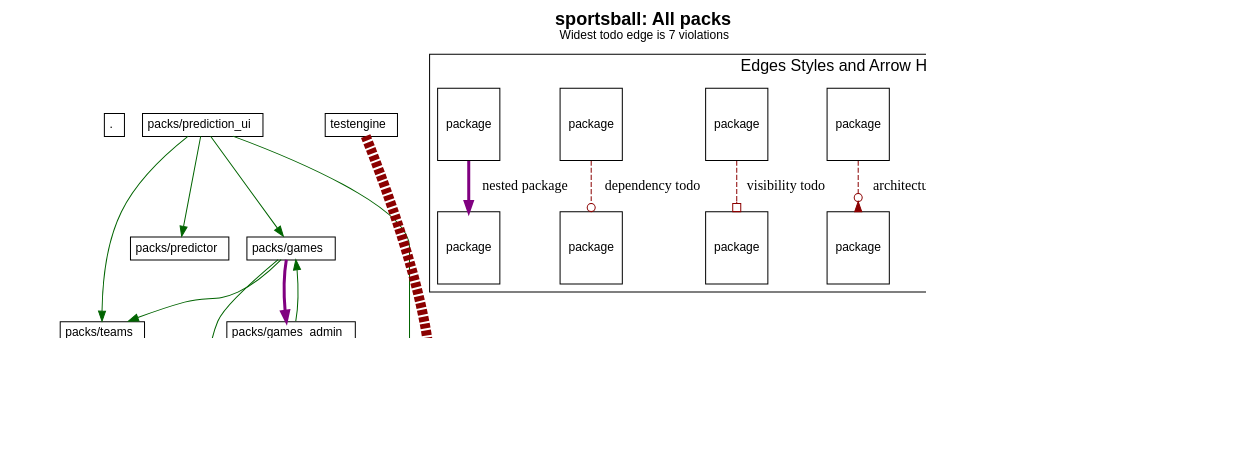
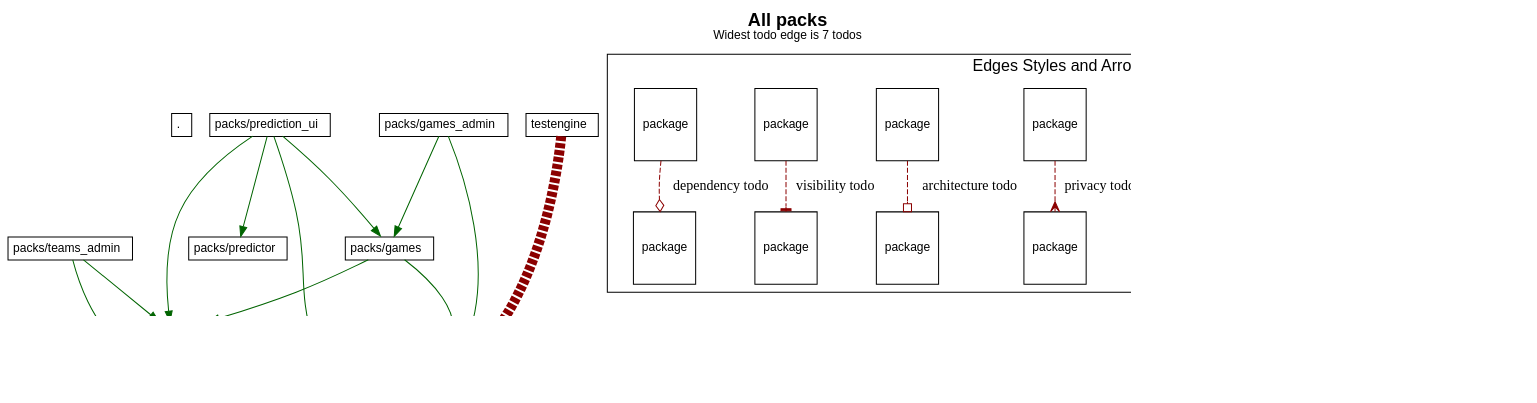
One commit to shageman/package-based-rails-applications-book changed the diagram in c3s01/sportsball/diagrams/all_packs.dot. Above: the diagram before and after it, drawn with Graphviz. The commit also changed 6963 other files, not shown here.

```diff
--- a/c3s01/sportsball/diagrams/all_packs.dot
+++ b/c3s01/sportsball/diagrams/all_packs.dot
@@ -1,166 +1,170 @@
 digraph package_diagram {
   rankdir=TD
   graph [
     labelloc="t"
     fontname="Helvetica,Arial,sans-serif"
     dpi=100
     layout=dot
-    label=<<b>sportsball: All packs</b><br/><font point-size='12'>Widest todo edge is 7 violations</font>>
+    label=<<b>All packs</b><br/><font point-size='12'>Widest todo edge is 7 todos</font>>
     fontsize=18
   ]
   node [
     fontname="Helvetica,Arial,sans-serif"
     fontsize=26.0
     fontcolor=black
     fillcolor=white
     color=black
     height=1.0
     style=filled
     shape=plain
   ]
     subgraph NotInLayer {
       shape=box
       color=darkgrey
       fillcolor=lightblue
       style=filled
         cluster=false
         "." [
             fontsize=12.0
             label= <
                 <table border='0' cellborder='1' cellspacing='0' cellpadding='4'>
                   <tr> <td align='left'> . </td> </tr>
                 </table>
               >
           ]
         
         "packs/games" [
             fontsize=12.0
             label= <
                 <table border='0' cellborder='1' cellspacing='0' cellpadding='4'>
                   <tr> <td align='left'> packs/games </td> </tr>
                 </table>
               >
           ]
         
         "packs/games_admin" [
             fontsize=12.0
             label= <
                 <table border='0' cellborder='1' cellspacing='0' cellpadding='4'>
                   <tr> <td align='left'> packs/games_admin </td> </tr>
                 </table>
               >
           ]
         
         "packs/prediction_ui" [
             fontsize=12.0
             label= <
                 <table border='0' cellborder='1' cellspacing='0' cellpadding='4'>
                   <tr> <td align='left'> packs/prediction_ui </td> </tr>
                 </table>
               >
           ]
         
         "packs/predictor" [
             fontsize=12.0
             label= <
                 <table border='0' cellborder='1' cellspacing='0' cellpadding='4'>
                   <tr> <td align='left'> packs/predictor </td> </tr>
                 </table>
               >
           ]
         
         "packs/rails_shims" [
             fontsize=12.0
             label= <
                 <table border='0' cellborder='1' cellspacing='0' cellpadding='4'>
                   <tr> <td align='left'> packs/rails_shims </td> </tr>
                 </table>
               >
           ]
         
         "packs/teams" [
             fontsize=12.0
             label= <
                 <table border='0' cellborder='1' cellspacing='0' cellpadding='4'>
                   <tr> <td align='left'> packs/teams </td> </tr>
                 </table>
               >
           ]
         
         "packs/teams_admin" [
             fontsize=12.0
             label= <
                 <table border='0' cellborder='1' cellspacing='0' cellpadding='4'>
                   <tr> <td align='left'> packs/teams_admin </td> </tr>
                 </table>
               >
           ]
         
         "packs/welcome_ui" [
             fontsize=12.0
             label= <
                 <table border='0' cellborder='1' cellspacing='0' cellpadding='4'>
                   <tr> <td align='left'> packs/welcome_ui </td> </tr>
                 </table>
               >
           ]
         
         "testengine" [
             fontsize=12.0
             label= <
                 <table border='0' cellborder='1' cellspacing='0' cellpadding='4'>
                   <tr> <td align='left'> testengine </td> </tr>
                 </table>
               >
           ]
         
     }
           "packs/games" -> "packs/rails_shims" [ color=darkgreen ]
           "packs/games" -> "packs/teams" [ color=darkgreen ]
           "packs/games_admin" -> "packs/games" [ color=darkgreen ]
           "packs/games_admin" -> "packs/rails_shims" [ color=darkgreen ]
           "packs/prediction_ui" -> "packs/games" [ color=darkgreen ]
           "packs/prediction_ui" -> "packs/predictor" [ color=darkgreen ]
           "packs/prediction_ui" -> "packs/rails_shims" [ color=darkgreen ]
           "packs/prediction_ui" -> "packs/teams" [ color=darkgreen ]
           "packs/teams" -> "packs/rails_shims" [ color=darkgreen ]
           "packs/teams_admin" -> "packs/rails_shims" [ color=darkgreen ]
           "packs/teams_admin" -> "packs/teams" [ color=darkgreen ]
           "packs/welcome_ui" -> "packs/rails_shims" [ color=darkgreen ]
-            "testengine" -> "packs/rails_shims" [ color=darkred style=dashed
-              constraint=false
+            "testengine" -> "packs/rails_shims" [
+                constraint=false
               # headlabel="dependency"
-                arrowhead=odot
-              penwidth=10            ]
-        "packs/games" -> "packs/games_admin" [ color=purple penwidth=3 ]
-        "packs/teams" -> "packs/teams_admin" [ color=purple penwidth=3 ]
-  subgraph cluster_legend {
-    fontsize=16
-    label="Edges Styles and Arrow Heads"
-    A [ fontsize=12 shape=box label="package"]
-    B [ fontsize=12 shape=box label="package"]
-    C [ fontsize=12 shape=box label="package"]
-    D [ fontsize=12 shape=box label="package"]
-    E [ fontsize=12 shape=box label="package"]
-    F [ fontsize=12 shape=box label="package"]
-    G [ fontsize=12 shape=box label="package"]
-    H [ fontsize=12 shape=box label="package"]
-    I [ fontsize=12 shape=box label="package"]
-    J [ fontsize=12 shape=box label="package"]
-    K [ fontsize=12 shape=box label="package"]
-    L [ fontsize=12 shape=box label="package"]
-    A -> B [label="accepted dependency" color=darkgreen]
-    C -> D [label="privac todo" color=darkred style=dashed arrowhead=crow]
-    E -> F [label="architecture todo" color=darkred style=dashed arrowhead=invodot]
-    G -> H [label="visibility todo" color=darkred style=dashed arrowhead=obox]
-    I -> J [label="dependency todo" color=darkred style=dashed arrowhead=odot]
-    K -> L [label="nested package" color=purple penwidth=3]
-  }
+color=darkred style=dashed arrowhead=odiamond
+              penwidth=10.0            ]
+    subgraph cluster_legend {
+      fontsize=16
+      label="Edges Styles and Arrow Heads"
+      A [ fontsize=12 shape=box label="package"]
+      B [ fontsize=12 shape=box label="package"]
+      A -> B [label="accepted dependency" color=darkgreen]
+      K [ fontsize=12 shape=box label="package"]
+      L [ fontsize=12 shape=box label="package"]
+      K -> L [label="nested package" color=purple]
+      M [ fontsize=12 shape=box label="package"]
+      N [ fontsize=12 shape=box label="package"]
+      M -> N [label="visibile to" color=blue]
+      C [ fontsize=12 shape=box label="package"]
+      D [ fontsize=12 shape=box label="package"]
+      C -> D [label="privacy todo" color=darkred style=dashed arrowhead=crow]
+      E [ fontsize=12 shape=box label="package"]
+      F [ fontsize=12 shape=box label="package"]
+      E -> F [label="architecture todo" color=darkred style=dashed arrowhead=obox]
+      G [ fontsize=12 shape=box label="package"]
+      H [ fontsize=12 shape=box label="package"]
+      G -> H [label="visibility todo" color=darkred style=dashed arrowhead=tee]
+      I [ fontsize=12 shape=box label="package"]
+      J [ fontsize=12 shape=box label="package"]
+      I -> J [label="dependency todo" color=darkred style=dashed arrowhead=odiamond]
+      LEGEND_NODE_1 [ label="" peripheries=0 height=0 width=0 style=invis ]
+      LEGEND_NODE_2 [ label="" peripheries=0 height=0 width=0 style=invis ]
+      LEGEND_NODE_1 -> LEGEND_NODE_2 [ style=invis ]
+    }
   subgraph cluster_teams_legend {
     fontsize=16
     label="Team Colors"
 
 
   }
-  J -> "" [style=invis]
+    LEGEND_NODE_2 -> "" [style=invis]
 }
```
